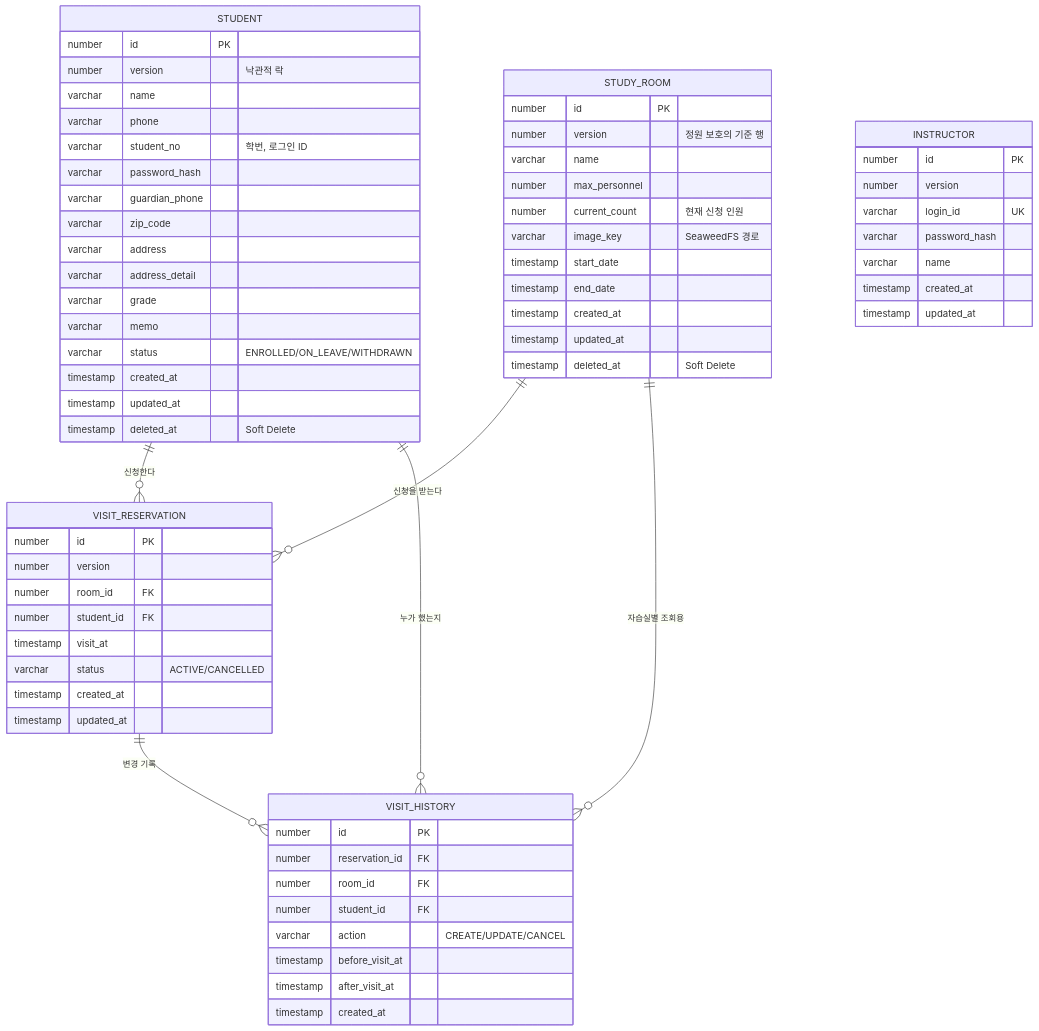
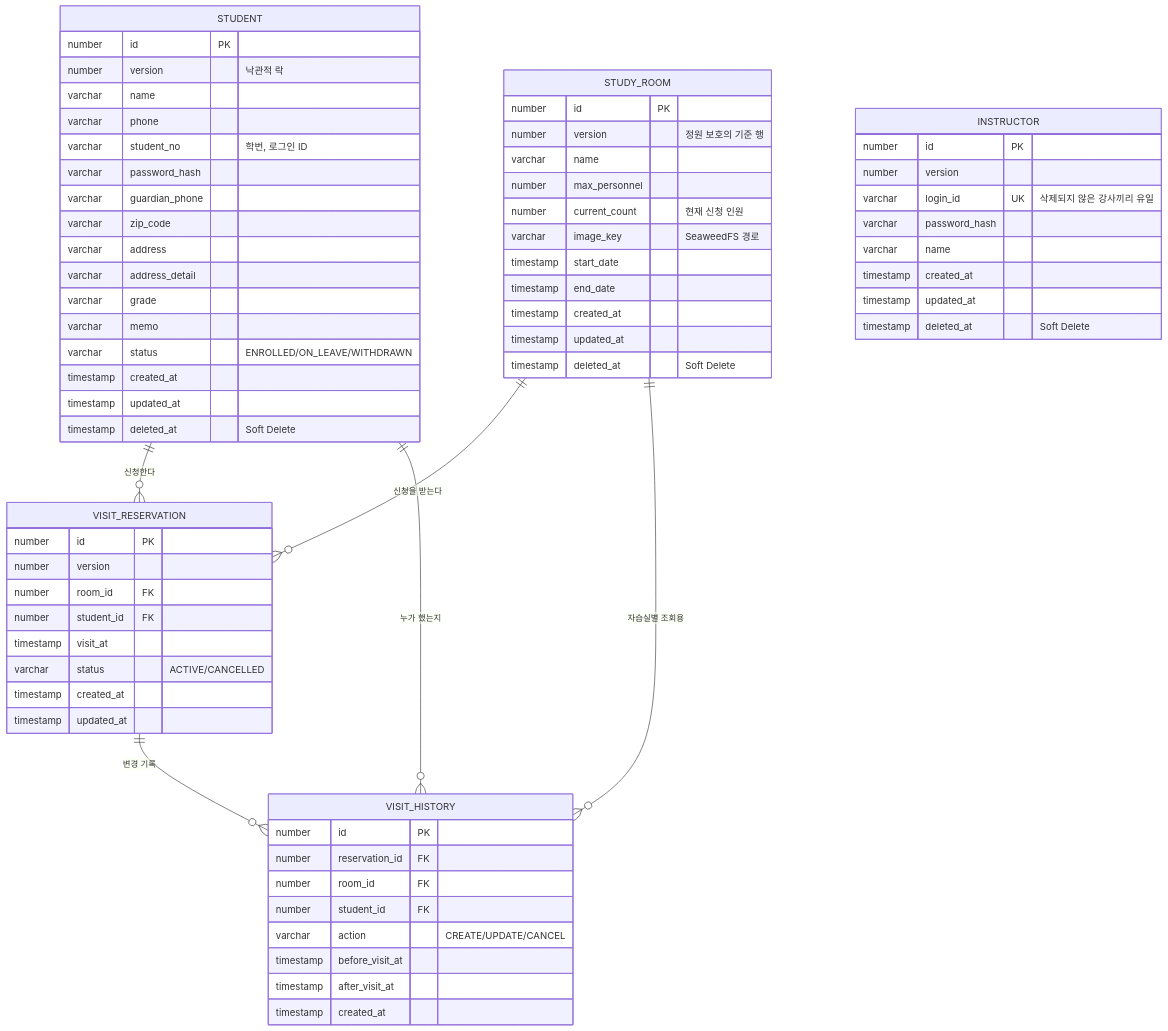
The diagram in docs/03-데이터-모델.md (youngeiya/study-room-reservation), drawn with Mermaid before and after one commit. The commit also changed other lines of this file and 3 other files, not shown here.

````diff
--- a/docs/03-데이터-모델.md
+++ b/docs/03-데이터-모델.md
@@ -8,69 +8,70 @@
 ```mermaid
 erDiagram
   STUDENT ||--o{ VISIT_RESERVATION : "신청한다"
   STUDY_ROOM ||--o{ VISIT_RESERVATION : "신청을 받는다"
   VISIT_RESERVATION ||--o{ VISIT_HISTORY : "변경 기록"
   STUDY_ROOM ||--o{ VISIT_HISTORY : "자습실별 조회용"
   STUDENT ||--o{ VISIT_HISTORY : "누가 했는지"
 
   STUDENT {
     number id PK
     number version "낙관적 락"
     varchar name
     varchar phone
     varchar student_no "학번, 로그인 ID"
     varchar password_hash
     varchar guardian_phone
     varchar zip_code
     varchar address
     varchar address_detail
     varchar grade
     varchar memo
     varchar status "ENROLLED/ON_LEAVE/WITHDRAWN"
     timestamp created_at
     timestamp updated_at
     timestamp deleted_at "Soft Delete"
   }
   INSTRUCTOR {
     number id PK
     number version
-    varchar login_id UK
+    varchar login_id UK "삭제되지 않은 강사끼리 유일"
     varchar password_hash
     varchar name
     timestamp created_at
     timestamp updated_at
+    timestamp deleted_at "Soft Delete"
   }
   STUDY_ROOM {
     number id PK
     number version "정원 보호의 기준 행"
     varchar name
     number max_personnel
     number current_count "현재 신청 인원"
     varchar image_key "SeaweedFS 경로"
     timestamp start_date
     timestamp end_date
     timestamp created_at
     timestamp updated_at
     timestamp deleted_at "Soft Delete"
   }
   VISIT_RESERVATION {
     number id PK
     number version
     number room_id FK
     number student_id FK
     timestamp visit_at
     varchar status "ACTIVE/CANCELLED"
     timestamp created_at
     timestamp updated_at
   }
   VISIT_HISTORY {
     number id PK
     number reservation_id FK
     number room_id FK
     number student_id FK
     varchar action "CREATE/UPDATE/CANCEL"
     timestamp before_visit_at
     timestamp after_visit_at
     timestamp created_at
   }
 ```
````
